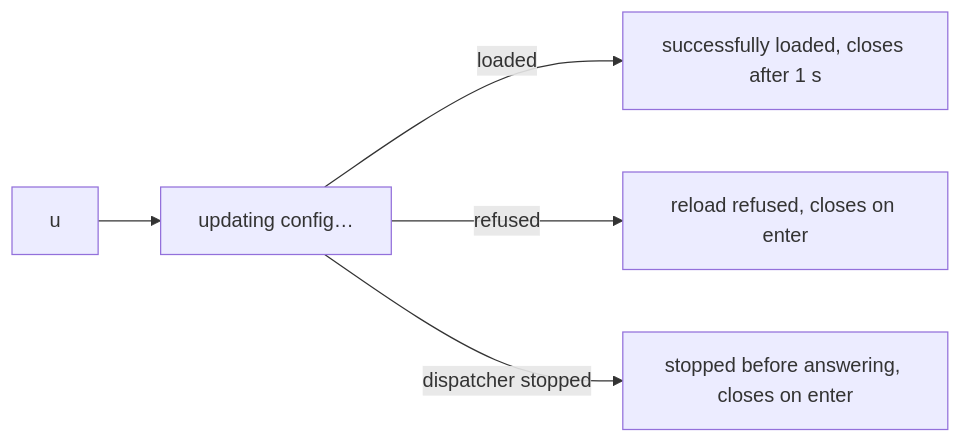
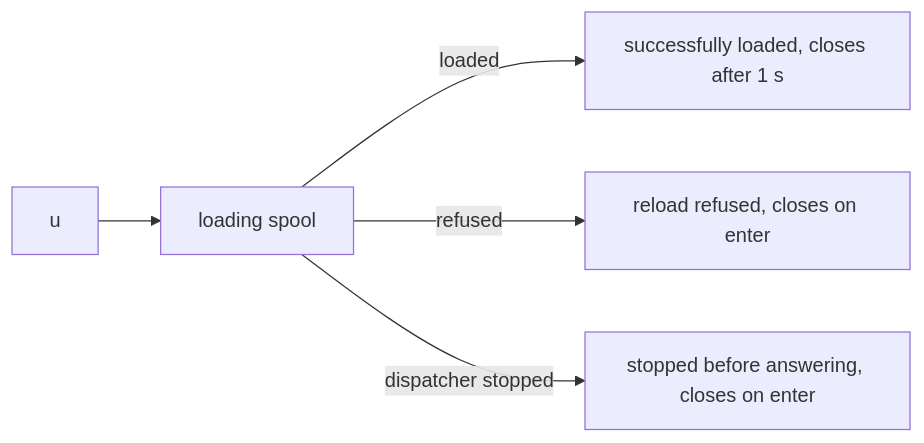
The third of 3 diagrams in docs/dispatcher.md (marvingygas/spoolway), drawn with Mermaid before and after one commit. The commit also changed other lines of this file and 2 other files, not shown here.

First line of the commit message:
feat(screen): wait for a config reload under the loading spool

````diff
--- a/docs/dispatcher.md
+++ b/docs/dispatcher.md
@@ -618,7 +612,7 @@
 ```mermaid
 flowchart LR
-  U[u] --> W[updating config…]
+  U[u] --> W[loading spool]
   W -->|loaded| L[successfully loaded, closes after 1 s]
   W -->|refused| R[reload refused, closes on enter]
   W -->|dispatcher stopped| S[stopped before answering, closes on enter]
 ```
````
